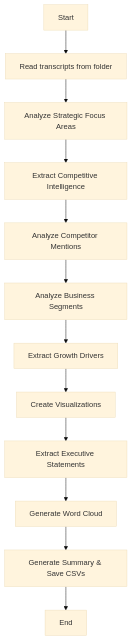
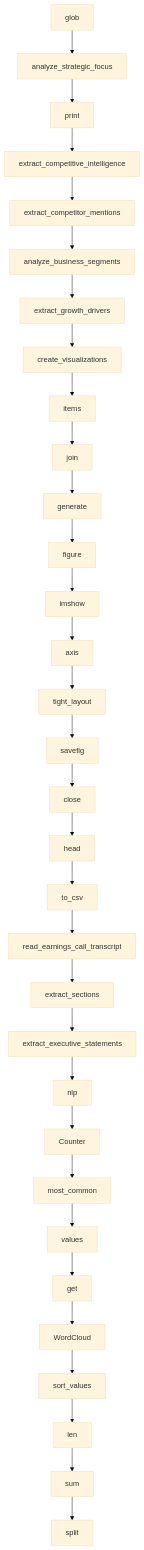
One commit to qqsthsu/earnings-call-analyzer changed the diagram in README.md. Above: the diagram before and after it, drawn with Mermaid (base theme).

Commit message:
Add auto-generated Mermaid diagram

````diff
--- a/README.md
+++ b/README.md
@@ -1,14 +1,35 @@
 ```mermaid
 flowchart TD
-    A0[Start] --> A1[Read transcripts from folder]
-    A1[Read transcripts from folder] --> A2[Analyze Strategic Focus Areas]
-    A2[Analyze Strategic Focus Areas] --> A3[Extract Competitive Intelligence]
-    A3[Extract Competitive Intelligence] --> A4[Analyze Competitor Mentions]
-    A4[Analyze Competitor Mentions] --> A5[Analyze Business Segments]
-    A5[Analyze Business Segments] --> A6[Extract Growth Drivers]
-    A6[Extract Growth Drivers] --> A7[Create Visualizations]
-    A7[Create Visualizations] --> A8[Extract Executive Statements]
-    A8[Extract Executive Statements] --> A9[Generate Word Cloud]
-    A9[Generate Word Cloud] --> A10[Generate Summary & Save CSVs]
-    A10[Generate Summary & Save CSVs] --> A11[End]
+    A0[glob] --> A1[analyze_strategic_focus]
+    A1[analyze_strategic_focus] --> A2[print]
+    A2[print] --> A3[extract_competitive_intelligence]
+    A3[extract_competitive_intelligence] --> A4[extract_competitor_mentions]
+    A4[extract_competitor_mentions] --> A5[analyze_business_segments]
+    A5[analyze_business_segments] --> A6[extract_growth_drivers]
+    A6[extract_growth_drivers] --> A7[create_visualizations]
+    A7[create_visualizations] --> A8[items]
+    A8[items] --> A9[join]
+    A9[join] --> A10[generate]
+    A10[generate] --> A11[figure]
+    A11[figure] --> A12[imshow]
+    A12[imshow] --> A13[axis]
+    A13[axis] --> A14[tight_layout]
+    A14[tight_layout] --> A15[savefig]
+    A15[savefig] --> A16[close]
+    A16[close] --> A17[head]
+    A17[head] --> A18[to_csv]
+    A18[to_csv] --> A19[read_earnings_call_transcript]
+    A19[read_earnings_call_transcript] --> A20[extract_sections]
+    A20[extract_sections] --> A21[extract_executive_statements]
+    A21[extract_executive_statements] --> A22[nlp]
+    A22[nlp] --> A23[Counter]
+    A23[Counter] --> A24[most_common]
+    A24[most_common] --> A25[values]
+    A25[values] --> A26[get]
+    A26[get] --> A27[WordCloud]
+    A27[WordCloud] --> A28[sort_values]
+    A28[sort_values] --> A29[len]
+    A29[len] --> A30[sum]
+    A30[sum] --> A31[split]
+    A31[split]
 ```
````
